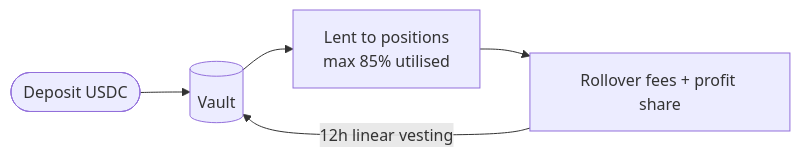
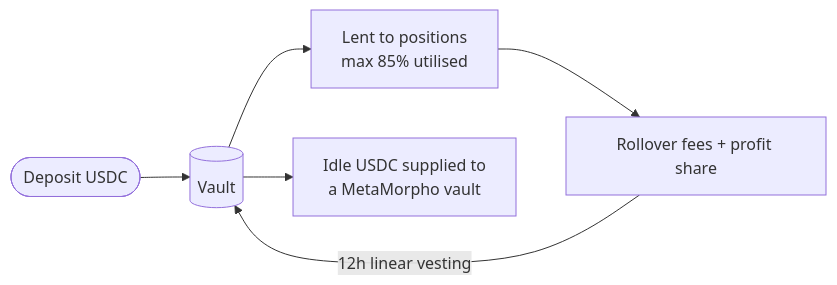
Before and after one commit to Niraj-Kamdar/decentralised-prop-trading: the sixth of 10 diagrams in README.md, drawn with Mermaid. The commit also changed other lines of this file and 4 other files, not shown here.

````diff
--- a/README.md
+++ b/README.md
@@ -150,7 +160,8 @@
 ```mermaid
 flowchart LR
     D([Deposit USDC]) --> V[(Vault)]
     V --> S2[Lent to positions<br/>max 85% utilised]
+    V --> M[Idle USDC supplied to<br/>a MetaMorpho vault]
     S2 --> Y[Rollover fees + profit share]
     Y -- "12h linear vesting" --> V
 ```
````
